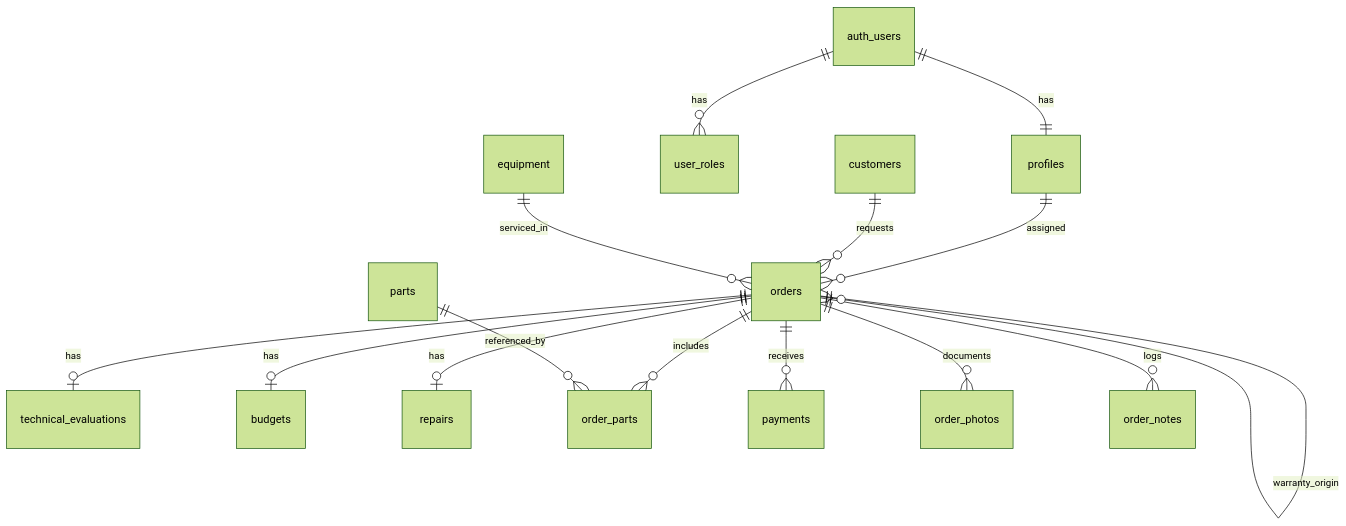
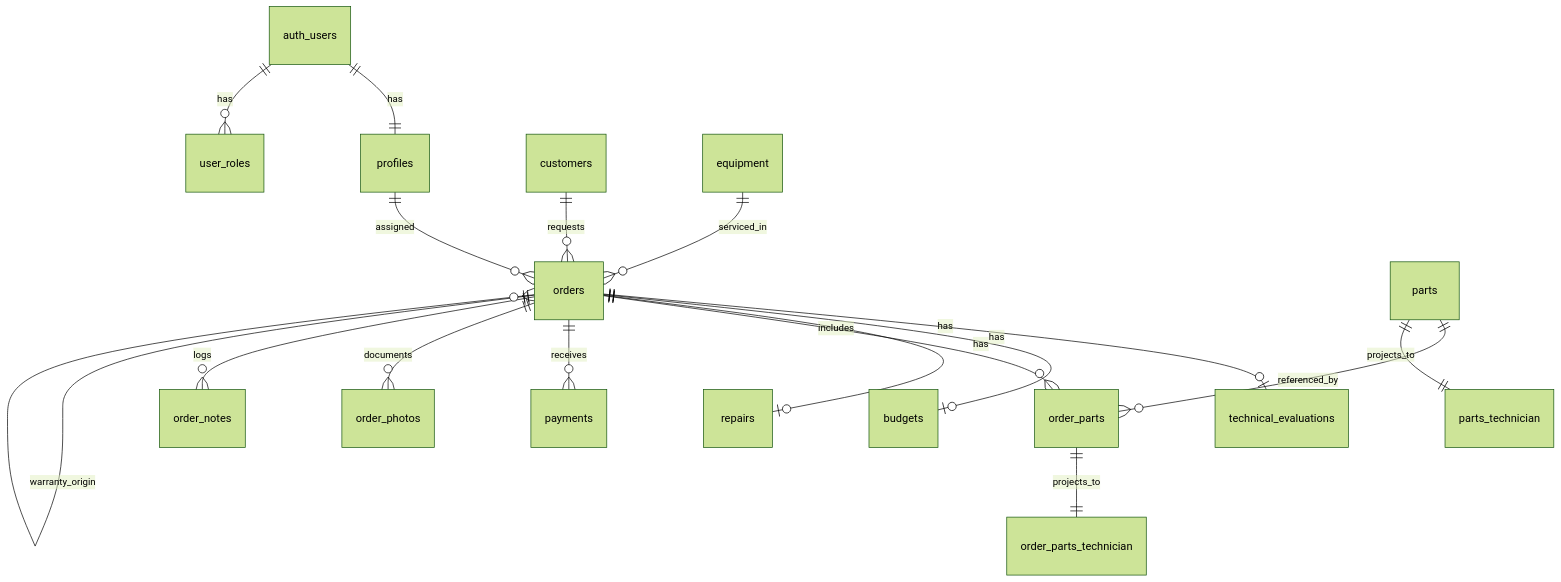
Before and after one commit to monocs16/DigitronApp: the second of 3 diagrams in README.md, drawn with Mermaid (forest theme). The commit also changed other lines of this file and 5 other files, not shown here.

````diff
--- a/README.md
+++ b/README.md
@@ -124,17 +125,19 @@
 ```mermaid
 erDiagram
   auth_users ||--|| profiles : has
   auth_users ||--o{ user_roles : has
   profiles ||--o{ orders : assigned
   customers ||--o{ orders : requests
   equipment ||--o{ orders : serviced_in
   orders ||--o| technical_evaluations : has
   orders ||--o| budgets : has
   orders ||--o| repairs : has
   orders ||--o{ order_parts : includes
   parts ||--o{ order_parts : referenced_by
+  parts ||--|| parts_technician : projects_to
+  order_parts ||--|| order_parts_technician : projects_to
   orders ||--o{ payments : receives
   orders ||--o{ order_photos : documents
   orders ||--o{ order_notes : logs
   orders ||--o{ orders : warranty_origin
 ```
````
